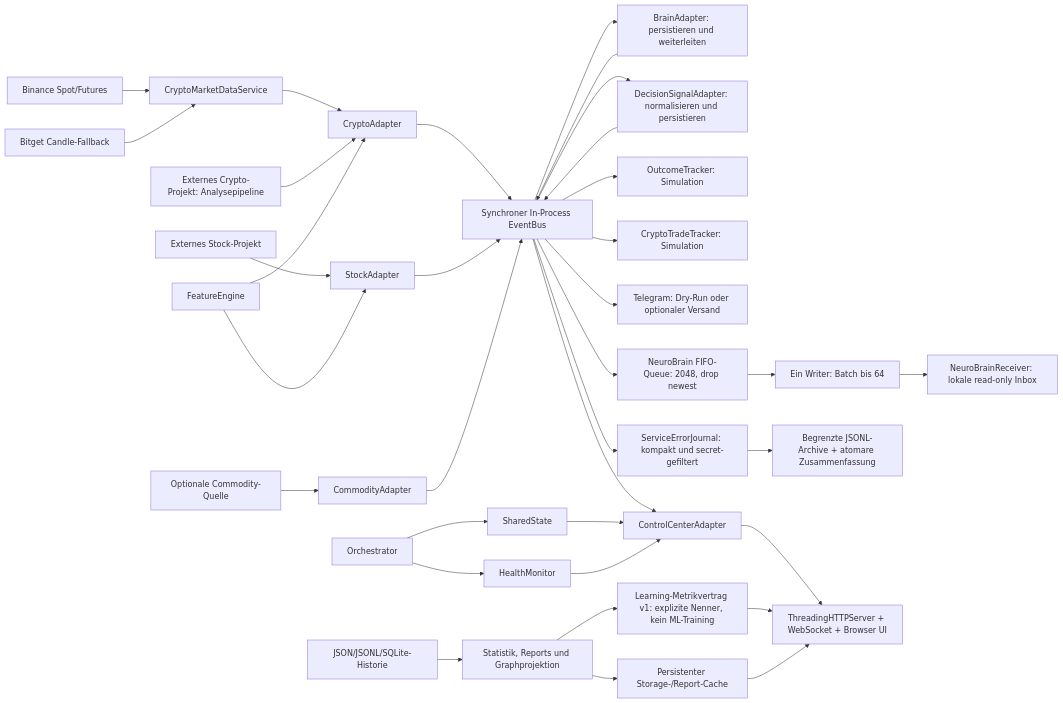
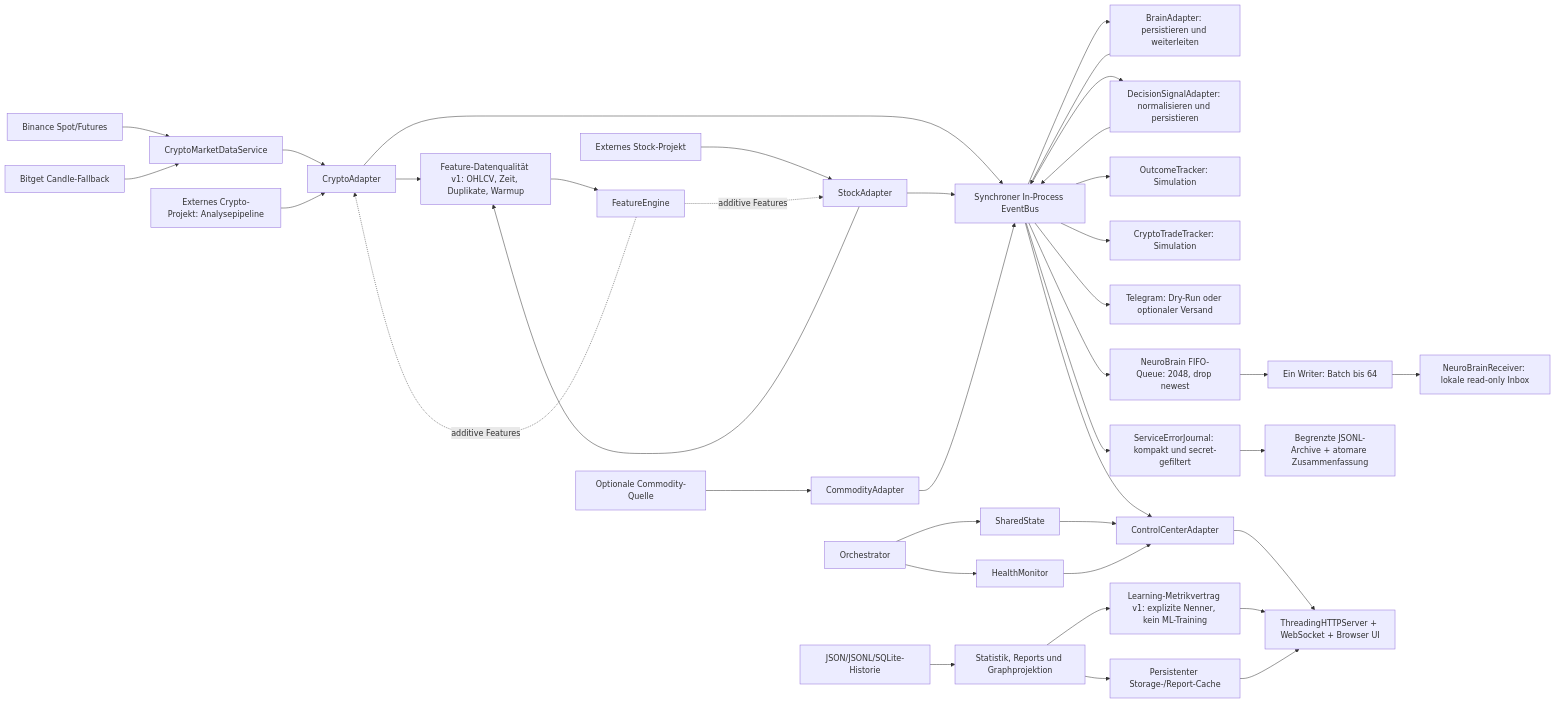
The first of 7 diagrams in docs/ARCHITECTURE.md (cRioshy/Pando), drawn with Mermaid before and after one commit. The commit also changed other lines of this file and 12 other files, not shown here.

````diff
--- a/docs/ARCHITECTURE.md
+++ b/docs/ARCHITECTURE.md
@@ -9,37 +9,40 @@
 ```mermaid
 flowchart LR
     BN["Binance Spot/Futures"] --> CM["CryptoMarketDataService"]
     BG["Bitget Candle-Fallback"] --> CM
     CM --> CA["CryptoAdapter"]
     CE["Externes Crypto-Projekt: Analysepipeline"] --> CA
     SE["Externes Stock-Projekt"] --> SA["StockAdapter"]
     CP["Optionale Commodity-Quelle"] --> CO["CommodityAdapter"]
-    FE["FeatureEngine"] --> CA
-    FE --> SA
+    CA --> DQ["Feature-Datenqualität v1: OHLCV, Zeit, Duplikate, Warmup"]
+    SA --> DQ
+    DQ --> FE["FeatureEngine"]
+    FE -. additive Features .-> CA
+    FE -. additive Features .-> SA
     CA --> EB["Synchroner In-Process EventBus"]
     SA --> EB
     CO --> EB
     EB --> BA["BrainAdapter: persistieren und weiterleiten"]
     BA --> EB
     EB --> DC["DecisionSignalAdapter: normalisieren und persistieren"]
     DC --> EB
     EB --> OT["OutcomeTracker: Simulation"]
     EB --> CT["CryptoTradeTracker: Simulation"]
     EB --> TG["Telegram: Dry-Run oder optionaler Versand"]
     EB --> NQ["NeuroBrain FIFO-Queue: 2048, drop newest"]
     NQ --> NW["Ein Writer: Batch bis 64"]
     NW --> NB["NeuroBrainReceiver: lokale read-only Inbox"]
     EB --> CC["ControlCenterAdapter"]
     EB --> EJ["ServiceErrorJournal: kompakt und secret-gefiltert"]
     EJ --> EF["Begrenzte JSONL-Archive + atomare Zusammenfassung"]
     OR["Orchestrator"] --> SS["SharedState"]
     OR --> HM["HealthMonitor"]
     SS --> CC
     HM --> CC
     CC --> WEB["ThreadingHTTPServer + WebSocket + Browser UI"]
     LEDGER["JSON/JSONL/SQLite-Historie"] --> ST["Statistik, Reports und Graphprojektion"]
     ST --> LM["Learning-Metrikvertrag v1: explizite Nenner, kein ML-Training"]
     ST --> CACHE["Persistenter Storage-/Report-Cache"]
     LM --> WEB
     CACHE --> WEB
 ```
````
